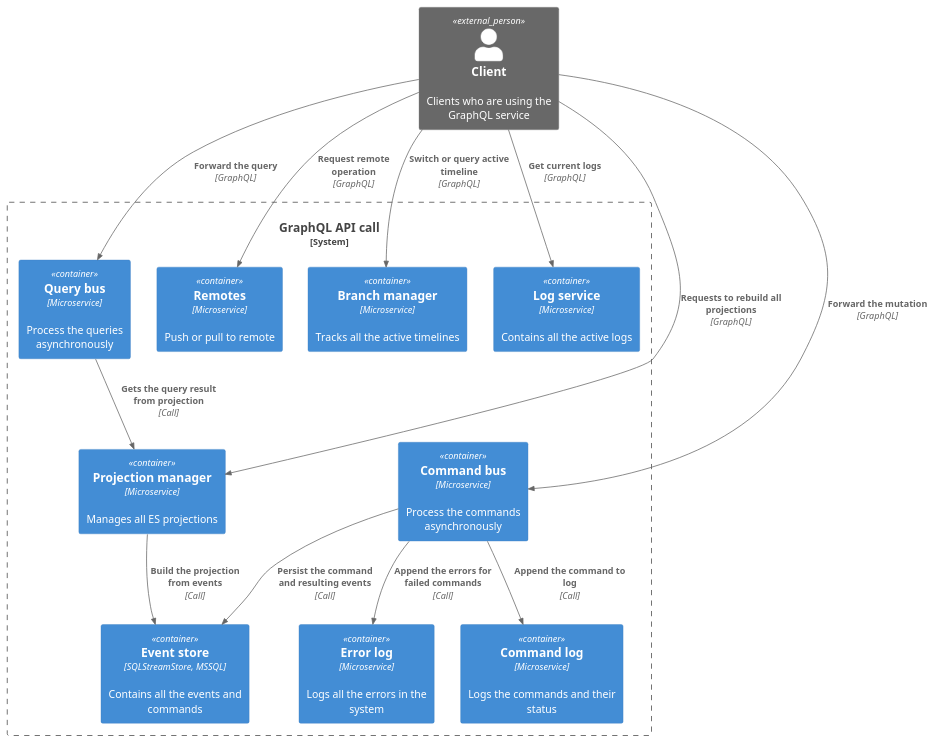
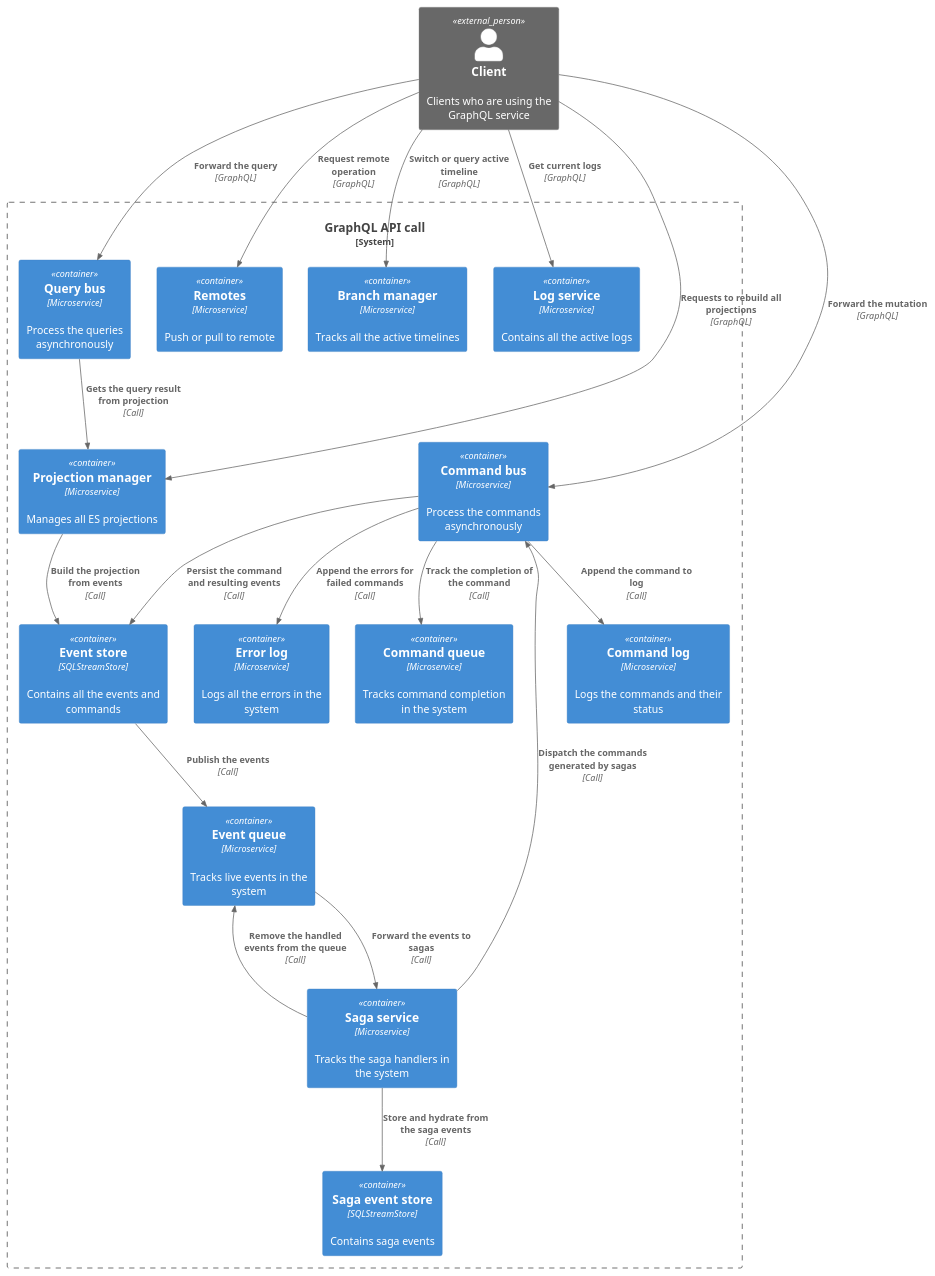
Before and after one commit to zedr0n/ZES: the diagram in C4/graphQL.puml, drawn with PlantUML. The commit also changed 1 other file, not shown here.

Commit message:
add c4 diagrams

```diff
--- a/C4/graphQL.puml
+++ b/C4/graphQL.puml
@@ -1,35 +1,46 @@
 @startuml
 !include https://raw.githubusercontent.com/plantuml-stdlib/C4-PlantUML/master/C4_Container.puml
 
 'LAYOUT_AS_SKETCH()
 'LAYOUT_LEFT_RIGHT()
 
 Person_Ext(user, "Client", "Clients who are using the GraphQL service")
 
 System_Boundary(graphql_call, "GraphQL API call") {
     Container(commandBus, "Command bus", "Microservice","Process the commands asynchronously")
     Container(queryBus, "Query bus", "Microservice","Process the queries asynchronously")
     Container(remotes, "Remotes", "Microservice", "Push or pull to remote")
     Container(branchManager, "Branch manager", "Microservice", "Tracks all the active timelines")
     Container(log, "Log service", "Microservice", "Contains all the active logs")
     Container(projection, "Projection manager", "Microservice", "Manages all ES projections")
     Container(commandLog, "Command log", "Microservice", "Logs the commands and their status")
     Container(errorLog, "Error log", "Microservice", "Logs all the errors in the system")
-    Container(eventStore, "Event store", "SQLStreamStore, MSSQL", "Contains all the events and commands")
+    Container(eventStore, "Event store", "SQLStreamStore", "Contains all the events and commands")
+    Container(sagaEventStore, "Saga event store", "SQLStreamStore", "Contains saga events")
+    Container(commandMessageQueue, "Command queue", "Microservice", "Tracks command completion in the system")
+    Container(eventMessageQueue, "Event queue", "Microservice", "Tracks live events in the system")
+    Container(sagaService, "Saga service", "Microservice", "Tracks the saga handlers in the system")
 
     Rel(user, commandBus, "Forward the mutation", "GraphQL")
     Rel(user, queryBus, "Forward the query", "GraphQL")
     Rel(user, remotes, "Request remote operation", "GraphQL")
     Rel(user, branchManager, "Switch or query active timeline","GraphQL")
     Rel(user, log, "Get current logs", "GraphQL")
     Rel(user, projection, "Requests to rebuild all projections", "GraphQL")
     
     Rel(queryBus, projection, "Gets the query result from projection", "Call")
     Rel(commandBus, commandLog, "Append the command to log", "Call")
     Rel(commandBus, errorLog, "Append the errors for failed commands", "Call")
     Rel(commandBus, eventStore, "Persist the command and resulting events", "Call")
     Rel(projection, eventStore, "Build the projection from events", "Call")
+    
+    Rel(commandBus, commandMessageQueue, "Track the completion of the command", "Call")
+    Rel(eventStore, eventMessageQueue, "Publish the events", "Call")
+    Rel(eventMessageQueue, sagaService, "Forward the events to sagas", "Call")
+    Rel(sagaService, commandBus, "Dispatch the commands generated by sagas", "Call")
+    Rel(sagaService, eventMessageQueue, "Remove the handled events from the queue", "Call")
+    Rel(sagaService, sagaEventStore, "Store and hydrate from the saga events", "Call")
 }
 
 
 @enduml
```
